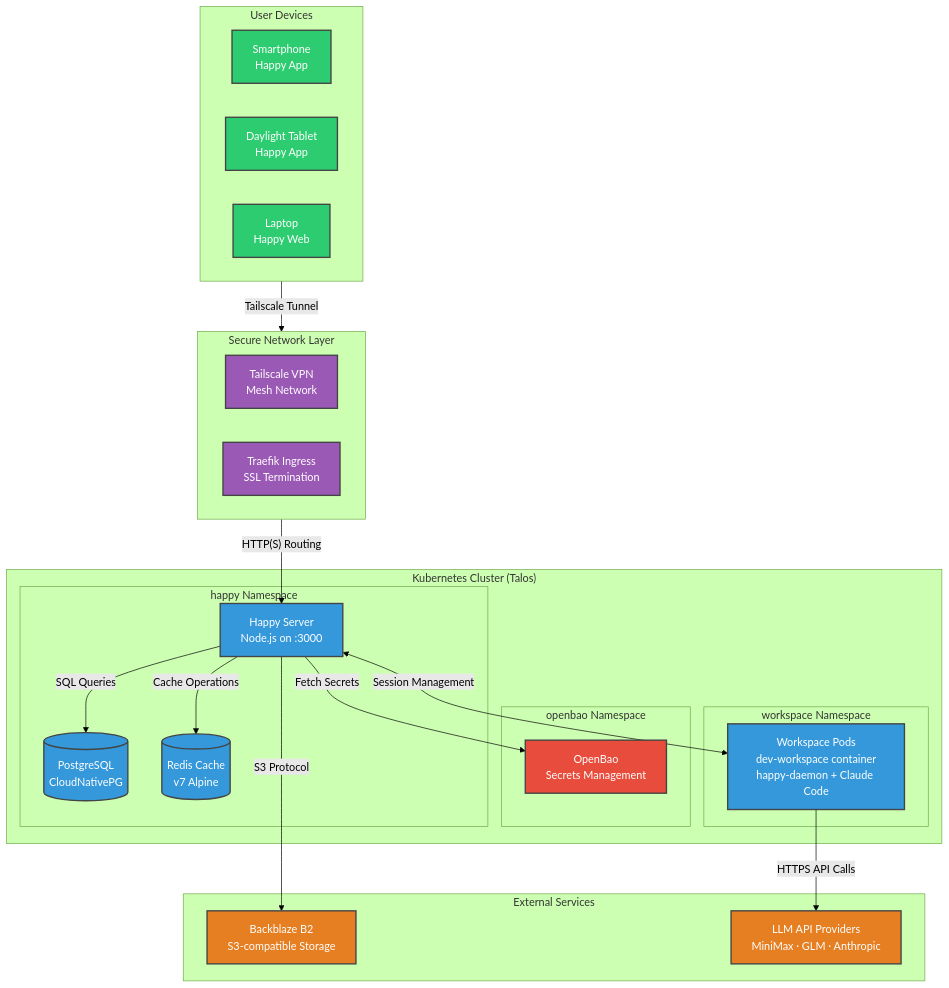
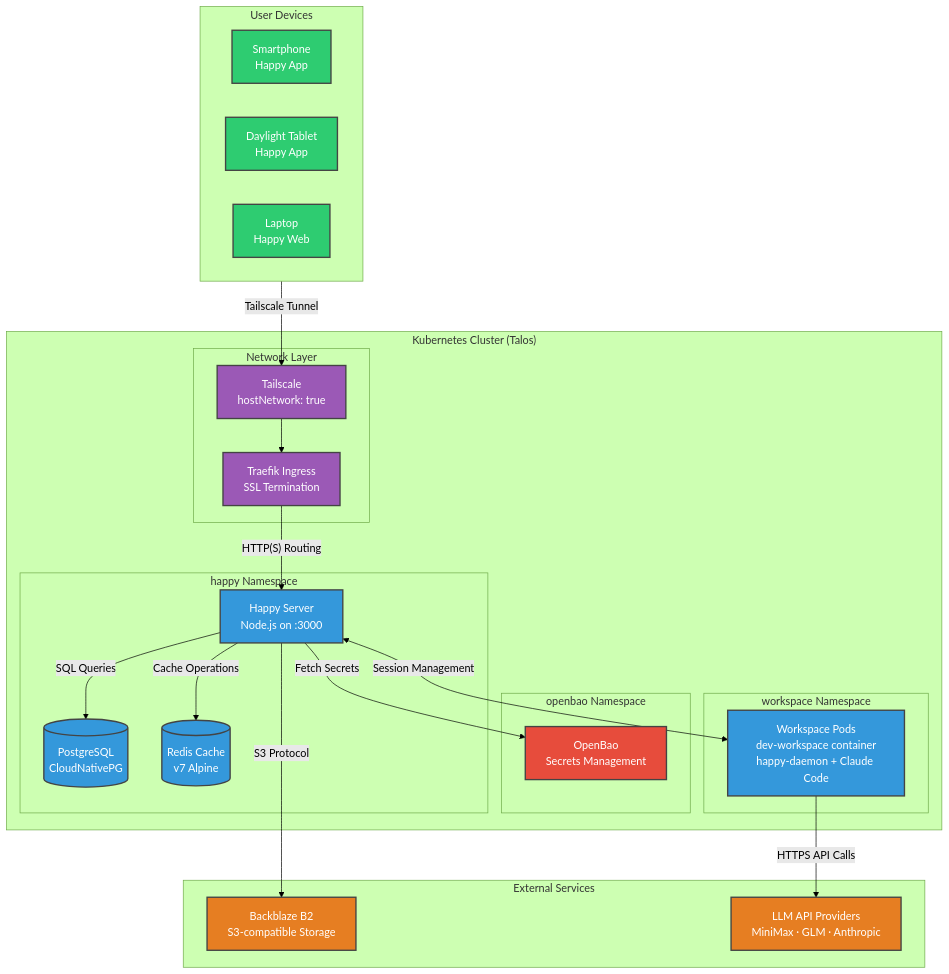
One commit to denysvitali/denvit-blog changed the diagram in content/posts/im-happy-engineer-now.md. Above: the diagram before and after it, drawn with Mermaid (forest theme).

Commit message:
docs: move Tailscale and Traefik inside K8s cluster in architecture diagram
🤖 Generated with [Claude Code](https://claude.ai/code)
via [Happy](https://happy.engineering)

````diff
--- a/content/posts/im-happy-engineer-now.md
+++ b/content/posts/im-happy-engineer-now.md
@@ -144,53 +144,53 @@
 ```mermaid
 graph TB
     subgraph Devices["User Devices"]
         D1[Smartphone<br/>Happy App]
         D2[Daylight Tablet<br/>Happy App]
         D3[Laptop<br/>Happy Web]
     end
 
-    subgraph Network["Secure Network Layer"]
-        TS[Tailscale VPN<br/>Mesh Network]
-        TR[Traefik Ingress<br/>SSL Termination]
-    end
-
     subgraph K8s["Kubernetes Cluster (Talos)"]
+        subgraph NetworkNamespace["Network Layer"]
+            TS[Tailscale<br/>hostNetwork: true]
+            TR[Traefik Ingress<br/>SSL Termination]
+        end
         subgraph HappyNamespace["happy Namespace"]
             S[Happy Server<br/>Node.js on :3000]
             DB[(PostgreSQL<br/>CloudNativePG)]
             R[(Redis Cache<br/>v7 Alpine)]
         end
         subgraph SecurityNamespace["openbao Namespace"]
             OB[OpenBao<br/>Secrets Management]
         end
         subgraph WorkspaceNamespace["workspace Namespace"]
             W[Workspace Pods<br/>dev-workspace container<br/>happy-daemon + Claude Code]
         end
     end
 
     subgraph External["External Services"]
         B2[Backblaze B2<br/>S3-compatible Storage]
         LLM[LLM API Providers<br/>MiniMax · GLM · Anthropic]
     end
 
-    Devices -->|"Tailscale Tunnel"| Network
-    Network -->|"HTTP(S) Routing"| S
+    Devices -->|"Tailscale Tunnel"| TS
+    TS --> TR
+    TR -->|"HTTP(S) Routing"| S
     S -->|"SQL Queries"| DB
     S -->|"Cache Operations"| R
     S -->|"S3 Protocol"| B2
     S <-->|"Session Management"| W
     W -->|"HTTPS API Calls"| LLM
     S -->|"Fetch Secrets"| OB
 
     classDef client fill:#2ecc71,stroke:#444,stroke-width:2px,color:#fff
     classDef network fill:#9b59b6,stroke:#444,stroke-width:2px,color:#fff
     classDef k8s fill:#3498db,stroke:#444,stroke-width:2px,color:#fff
     classDef k8sSecurity fill:#e74c3c,stroke:#444,stroke-width:2px,color:#fff
     classDef external fill:#e67e22,stroke:#444,stroke-width:2px,color:#fff
 
     class D1,D2,D3 client
     class TS,TR network
     class S,DB,R,W k8s
     class OB k8sSecurity
     class B2,LLM external
 ```
````
